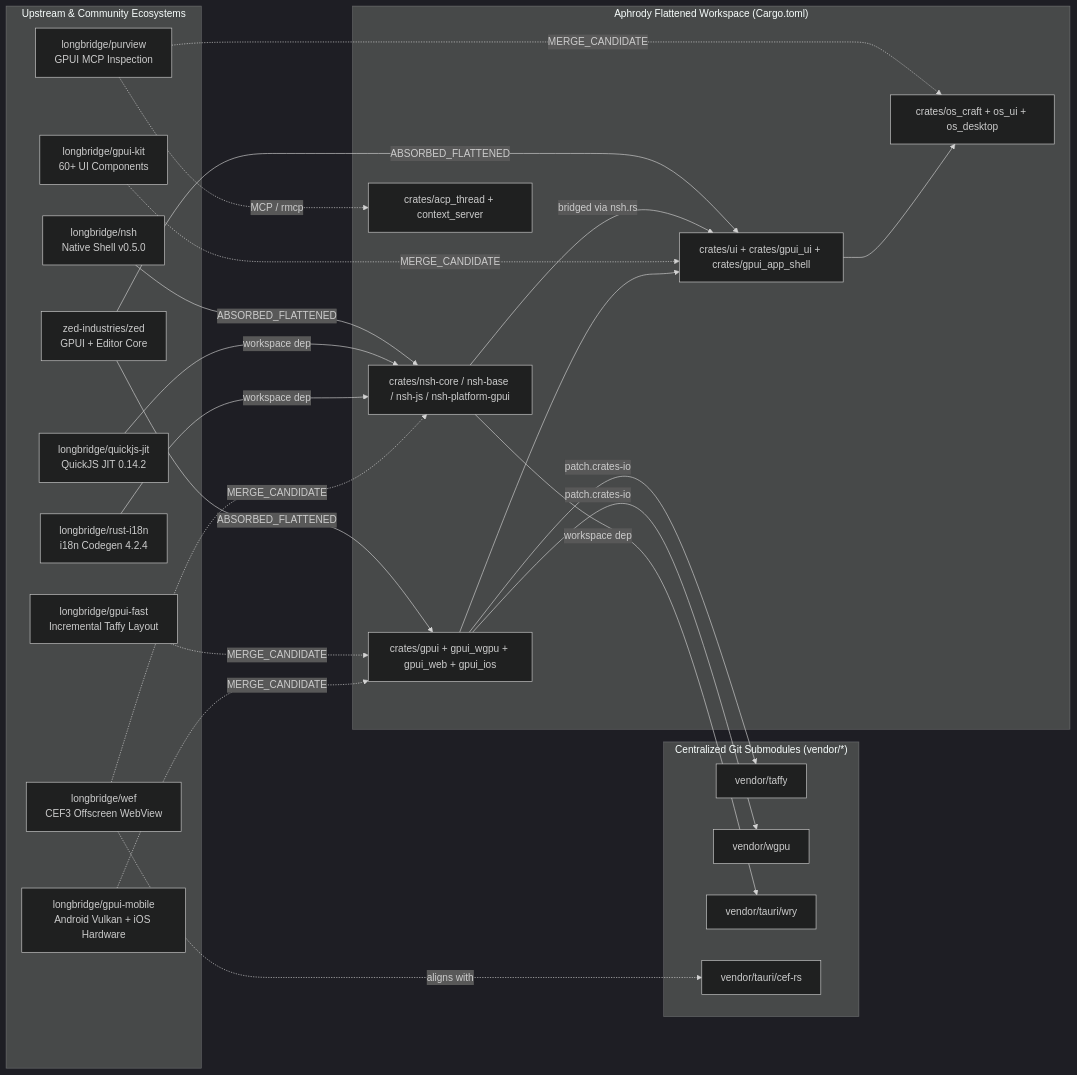
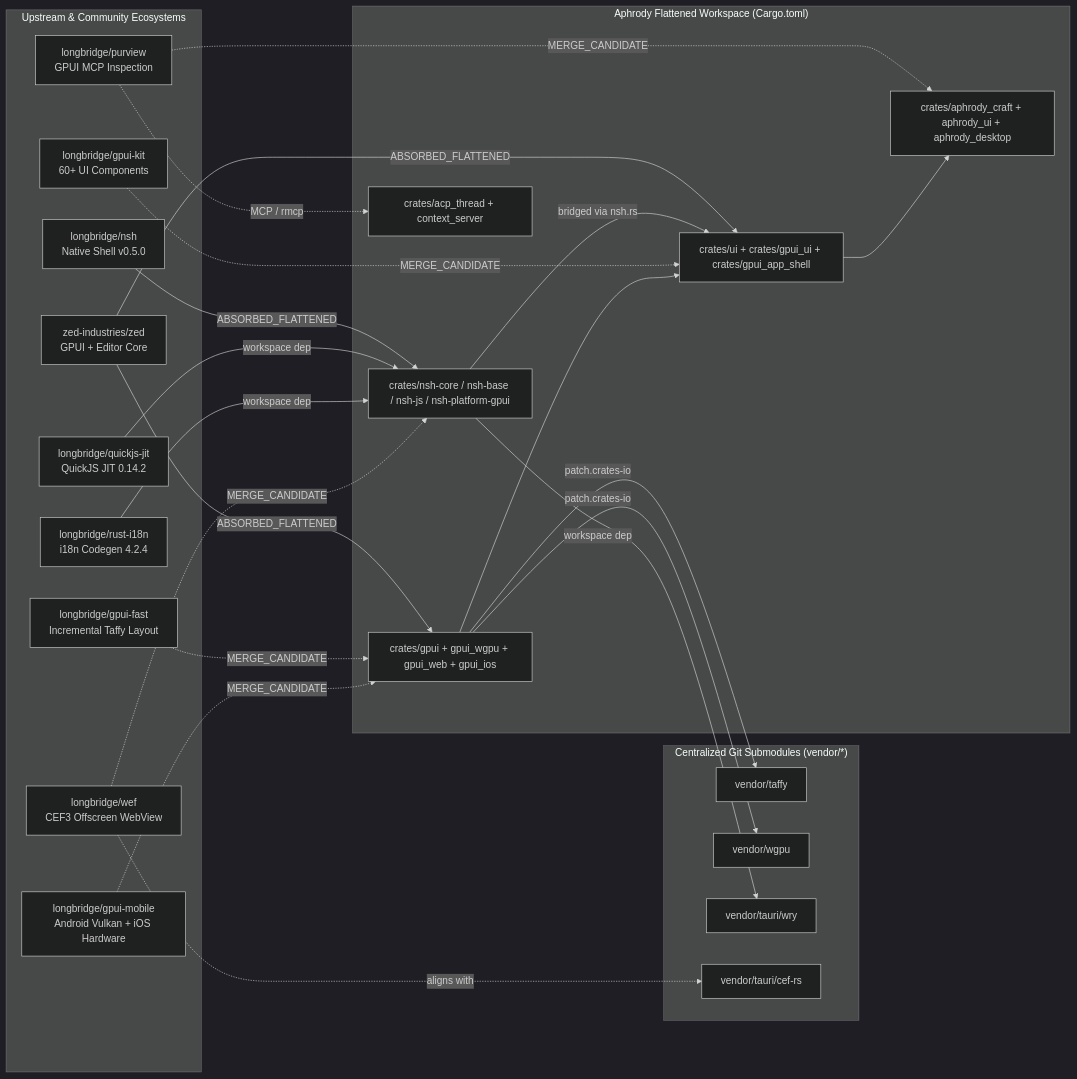
One commit to aphrody-labs/fw changed the diagram in aphrody/docs/architecture/longbridge-gpui-unification.md. Above: the diagram before and after it, drawn with Mermaid (dark theme). The commit also changed other lines of this file and 422 other files, not shown here.

Commit message:
aphrody: unify aphrody_* crates, dedup 16 submodules, add chromium views gpui browser+vpn and webgpu os

````diff
--- a/aphrody/docs/architecture/longbridge-gpui-unification.md
+++ b/aphrody/docs/architecture/longbridge-gpui-unification.md
@@ -38,48 +38,48 @@
 ```mermaid
 flowchart LR
   subgraph Upstream["Upstream & Community Ecosystems"]
     ZED["zed-industries/zed<br/>GPUI + Editor Core"]
     NSH["longbridge/nsh<br/>Native Shell v0.5.0"]
     QJS["longbridge/quickjs-jit<br/>QuickJS JIT 0.14.2"]
     I18N["longbridge/rust-i18n<br/>i18n Codegen 4.2.4"]
     KIT["longbridge/gpui-kit<br/>60+ UI Components"]
     FAST["longbridge/gpui-fast<br/>Incremental Taffy Layout"]
     MOB["longbridge/gpui-mobile<br/>Android Vulkan + iOS Hardware"]
     WEF["longbridge/wef<br/>CEF3 Offscreen WebView"]
     PUR["longbridge/purview<br/>GPUI MCP Inspection"]
   end
 
   subgraph Submodules["Centralized Git Submodules (vendor/*)"]
     TAFFY["vendor/taffy"]
     WGPU["vendor/wgpu"]
     WRY["vendor/tauri/wry"]
     CEF["vendor/tauri/cef-rs"]
   end
 
   subgraph Core["Aphrody Flattened Workspace (Cargo.toml)"]
     GPUI["crates/gpui + gpui_wgpu + gpui_web + gpui_ios"]
     NSHC["crates/nsh-core / nsh-base / nsh-js / nsh-platform-gpui"]
     GPUIUI["crates/ui + crates/gpui_ui + crates/gpui_app_shell"]
-    OSC["crates/os_craft + os_ui + os_desktop"]
+    OSC["crates/aphrody_craft + aphrody_ui + aphrody_desktop"]
     ACP["crates/acp_thread + context_server"]
   end
 
   ZED -->|ABSORBED_FLATTENED| GPUI
   ZED -->|ABSORBED_FLATTENED| GPUIUI
   NSH -->|ABSORBED_FLATTENED| NSHC
   NSHC -->|bridged via nsh.rs| GPUIUI
   QJS -->|workspace dep| NSHC
   I18N -->|workspace dep| NSHC
   GPUI -->|patch.crates-io| TAFFY
   GPUI -->|patch.crates-io| WGPU
   NSHC -->|workspace dep| WRY
   KIT -.->|MERGE_CANDIDATE| GPUIUI
   FAST -.->|MERGE_CANDIDATE| GPUI
   MOB -.->|MERGE_CANDIDATE| GPUI
   WEF -.->|MERGE_CANDIDATE| NSHC
   WEF -.->|aligns with| CEF
   PUR -.->|MERGE_CANDIDATE| OSC
   PUR -.->|MCP / rmcp| ACP
   GPUIUI --> OSC
   GPUI --> GPUIUI
 ```
````
